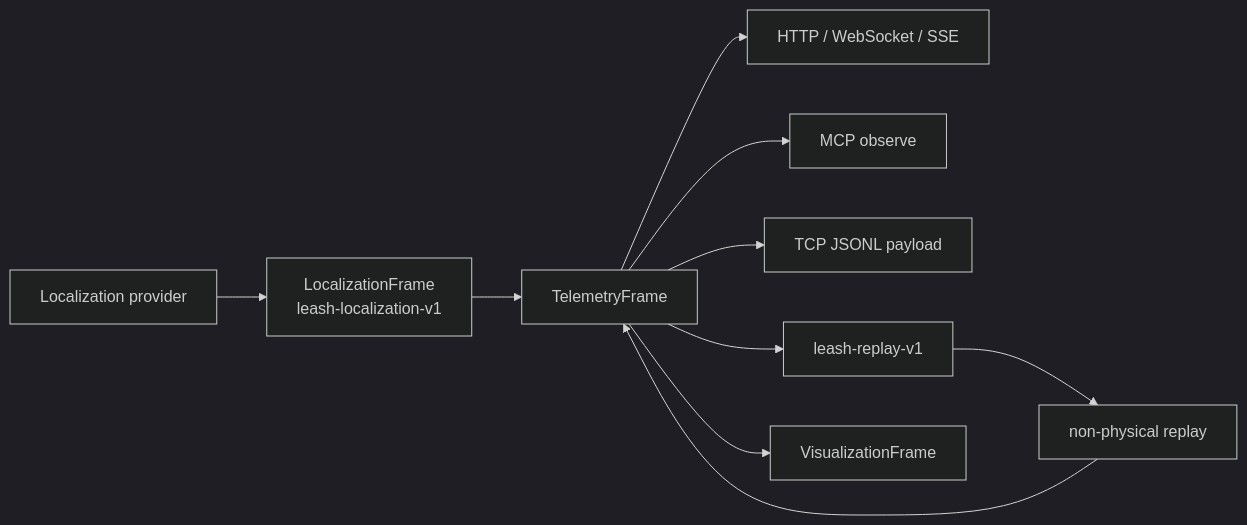
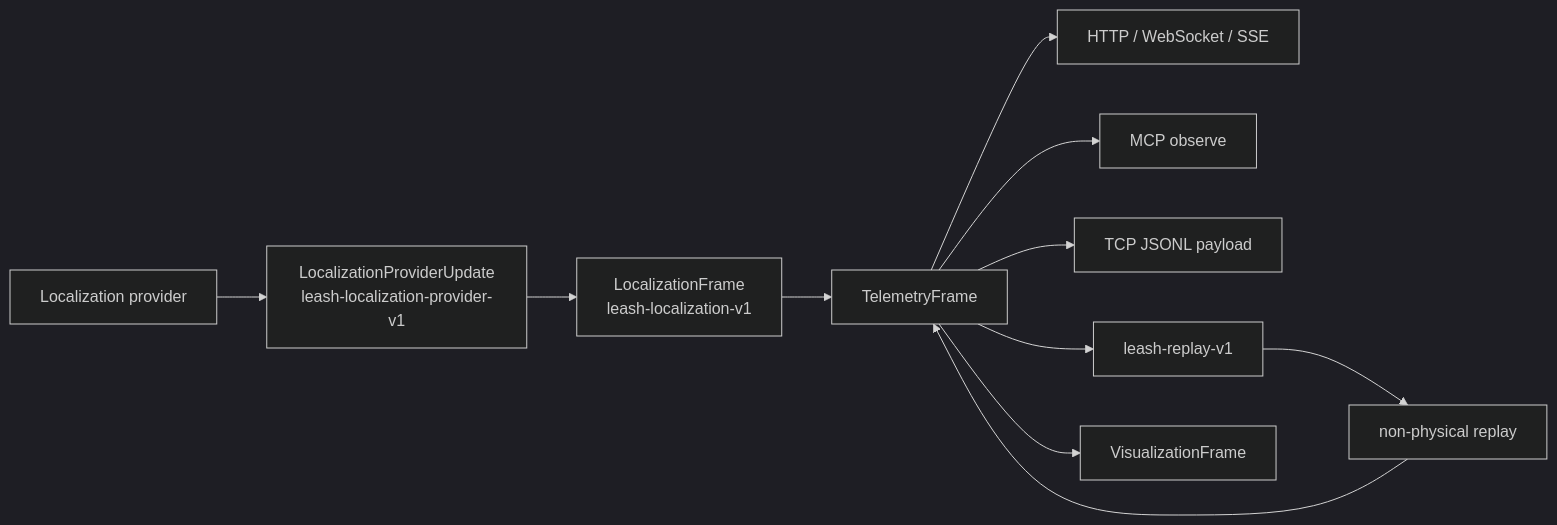
One commit to specdog/leash changed the diagram in docs/LOCALIZATION.md. Above: the diagram before and after it, drawn with Mermaid (dark theme). The commit also changed other lines of this file and 18 other files, not shown here.

Commit message:
Add localization provider boundary

````diff
--- a/docs/LOCALIZATION.md
+++ b/docs/LOCALIZATION.md
@@ -7,12 +7,13 @@
 ```mermaid
 flowchart LR
-  provider["Localization provider"] --> frame["LocalizationFrame\nleash-localization-v1"]
+  provider["Localization provider"] --> update["LocalizationProviderUpdate\nleash-localization-provider-v1"]
+  update --> frame["LocalizationFrame\nleash-localization-v1"]
   frame --> telemetry["TelemetryFrame"]
   telemetry --> http["HTTP / WebSocket / SSE"]
   telemetry --> mcp["MCP observe"]
   telemetry --> tcp["TCP JSONL payload"]
   telemetry --> record["leash-replay-v1"]
   telemetry --> viewer["VisualizationFrame"]
   record --> replay["non-physical replay"]
   replay --> telemetry
 ```
````
